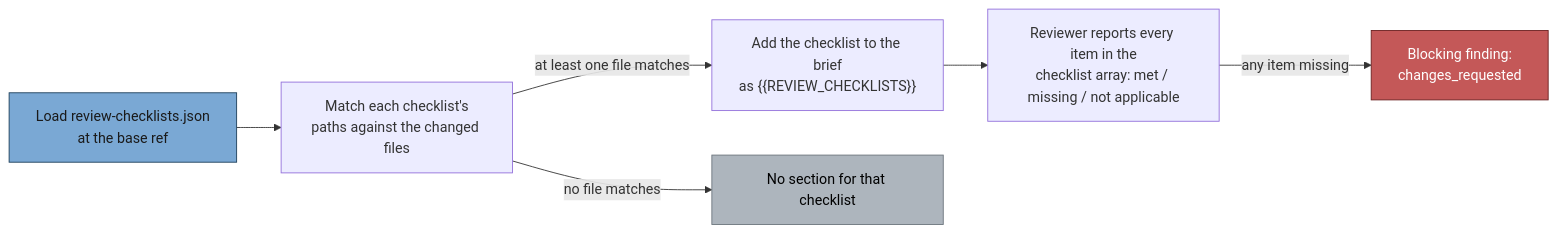
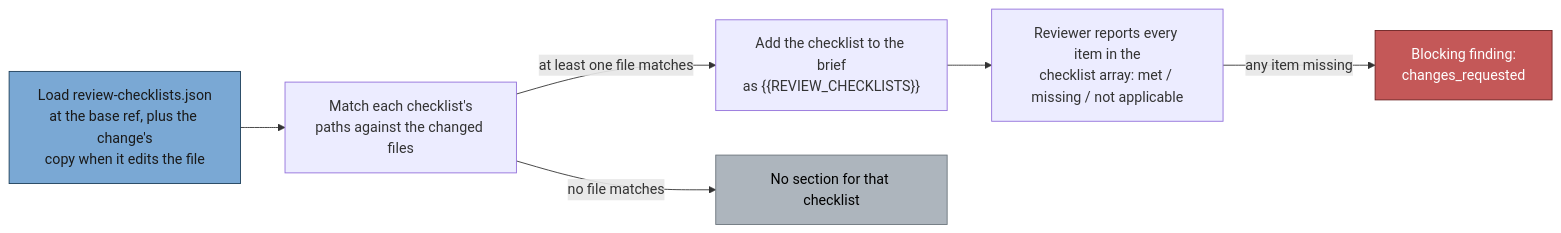
One commit to stSoftwareAU/VibeCoder changed the diagram in docs/review-checklists.md. Above: the diagram before and after it, drawn with Mermaid. The commit also changed other lines of this file and 10 other files, not shown here.

First line of the commit message:
Read the PR's own review-checklists.json so a broken file cannot merge or strand the repo (PR #3695)

````diff
--- a/docs/review-checklists.md
+++ b/docs/review-checklists.md
@@ -56,11 +71,11 @@
 ```mermaid
 flowchart LR
-    L["Load review-checklists.json<br/>at the base ref"] --> M["Match each checklist's<br/>paths against the changed files"]
+    L["Load review-checklists.json<br/>at the base ref, plus the change's<br/>copy when it edits the file"] --> M["Match each checklist's<br/>paths against the changed files"]
     M -->|"at least one file matches"| R["Add the checklist to the brief<br/>as {{REVIEW_CHECKLISTS}}"]
     M -->|"no file matches"| N["No section for that checklist"]
     R --> V["Reviewer reports every item in the<br/>checklist array: met / missing / not applicable"]
     V -->|"any item missing"| B["Blocking finding:<br/>changes_requested"]
     style L fill:#7aa8d4,stroke:#1d3f5a,color:#1a1a1a
     style B fill:#c45858,stroke:#6b2020,color:#fff
     style N fill:#adb5bd,stroke:#6c757d,color:#000
 ```
````
